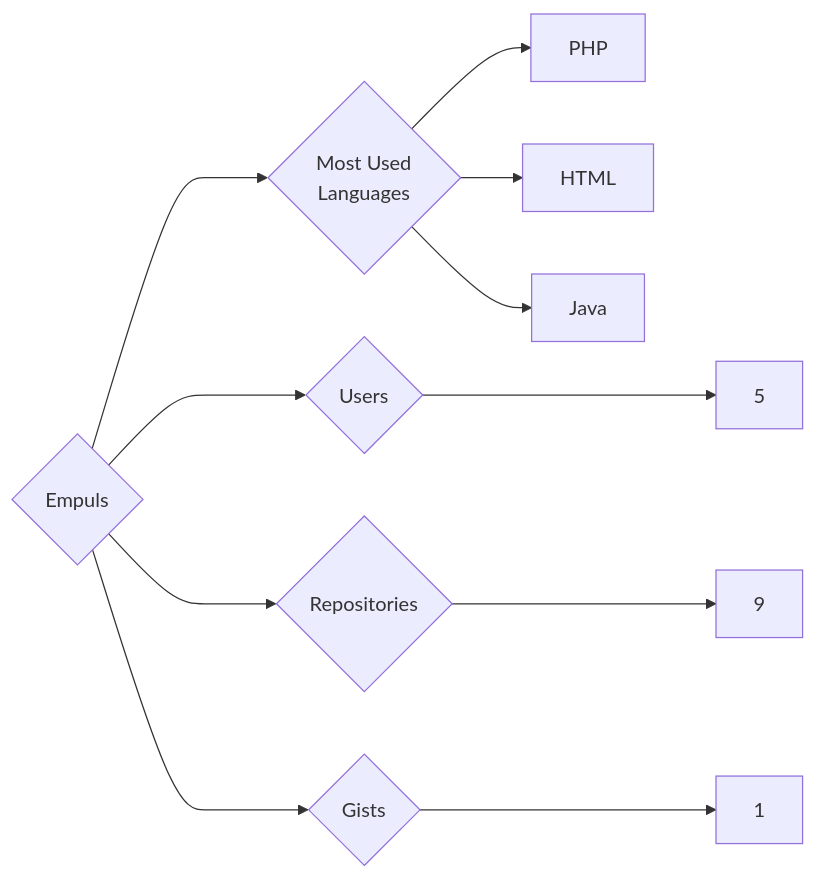
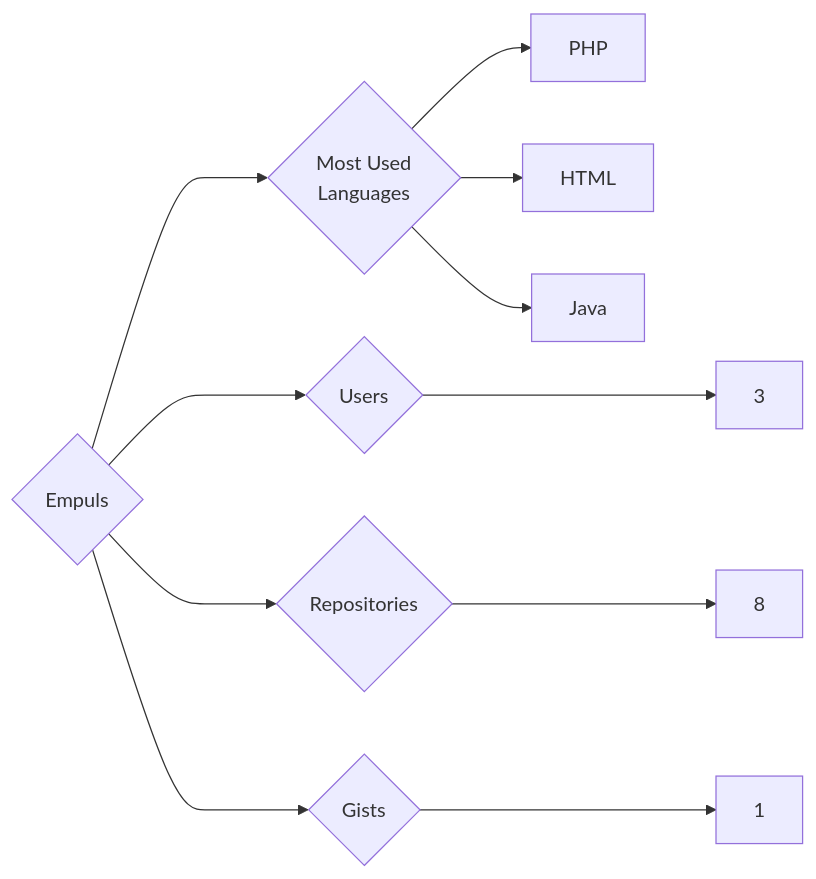
The diagram in targets/Empuls/README.md (trickest/insiders), drawn with Mermaid before and after one commit. The commit also changed 1166 other files, not shown here.

````diff
--- a/targets/Empuls/README.md
+++ b/targets/Empuls/README.md
@@ -3,11 +3,11 @@
 ```mermaid
 graph LR
 COMPANY_NAME{Empuls}
-COMPANY_NAME ---> U{Users} ---> UN[5]
-COMPANY_NAME ---> R{Repositories} ---> RN[9]
+COMPANY_NAME ---> U{Users} ---> UN[3]
+COMPANY_NAME ---> R{Repositories} ---> RN[8]
 COMPANY_NAME ---> G{Gists} ---> GN[1]
 COMPANY_NAME ---> ML{Most Used<br>Languages}
 ML --> PHP[PHP]
 ML --> HTML[HTML]
 ML --> Java[Java]
 ```
````
